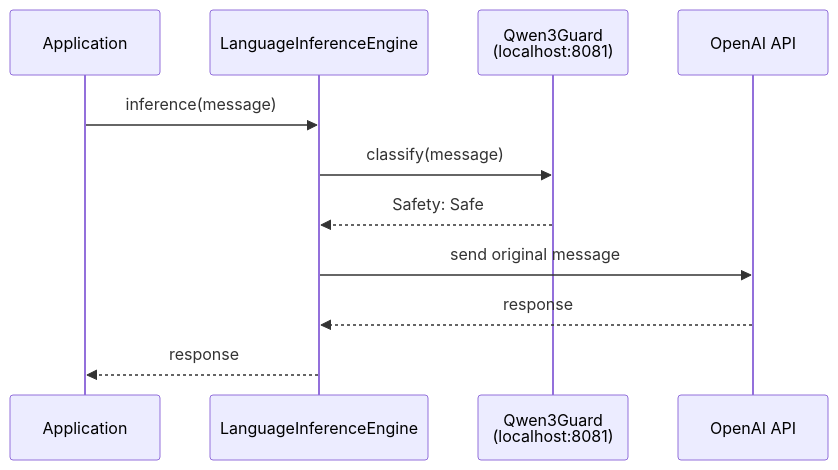
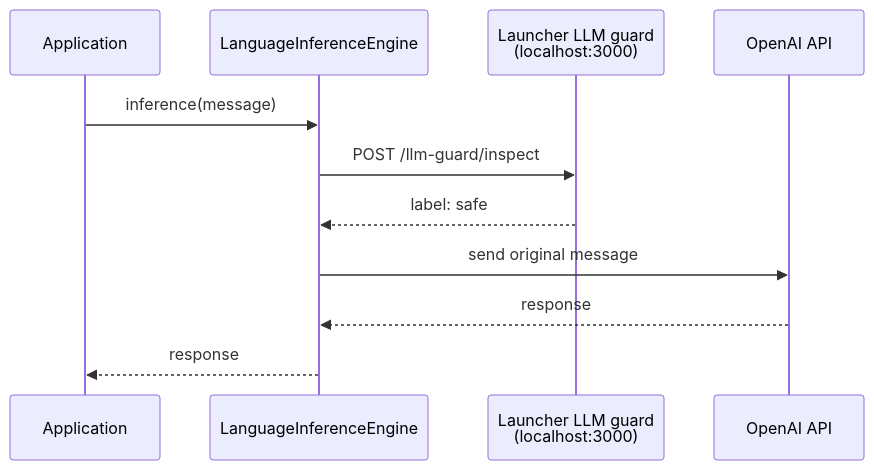
The second of 3 diagrams in docs/llm-guard-flow.en.md (gnh1201/welsonjs), drawn with Mermaid before and after one commit. The commit also changed other lines of this file and 32 other files, not shown here.

First line of the commit message:
Add launcher-managed LLM guard

````diff
--- a/docs/llm-guard-flow.en.md
+++ b/docs/llm-guard-flow.en.md
@@ -60,14 +63,14 @@
 ```mermaid
 sequenceDiagram
     participant App as Application
     participant Engine as LanguageInferenceEngine
-    participant Guard as Qwen3Guard<br/>(localhost:8081)
+    participant Guard as Launcher LLM guard<br/>(localhost:3000)
     participant OpenAI as OpenAI API
 
     App->>Engine: inference(message)
-    Engine->>Guard: classify(message)
-    Guard-->>Engine: Safety: Safe
+    Engine->>Guard: POST /llm-guard/inspect
+    Guard-->>Engine: label: safe
     Engine->>OpenAI: send original message
     OpenAI-->>Engine: response
     Engine-->>App: response
 ```
````
